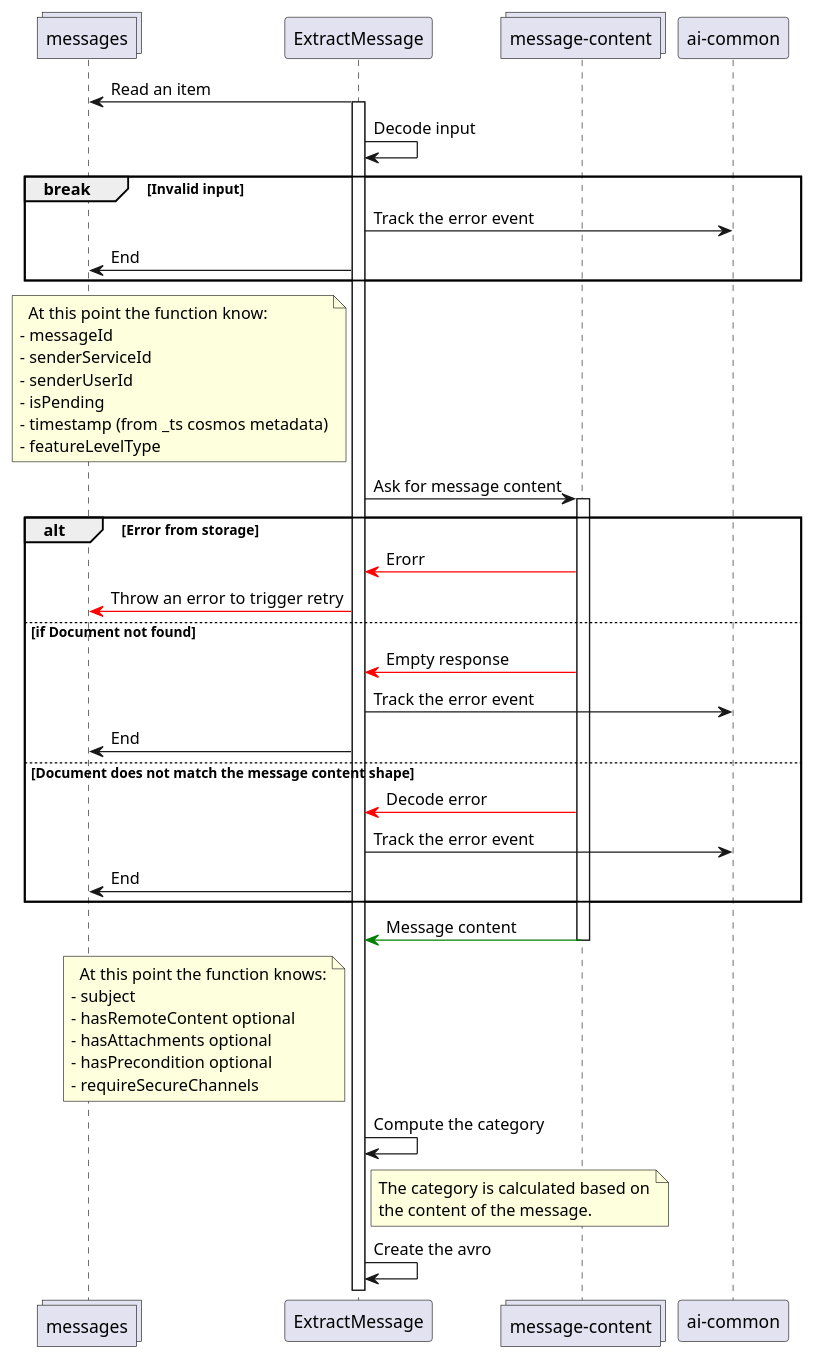
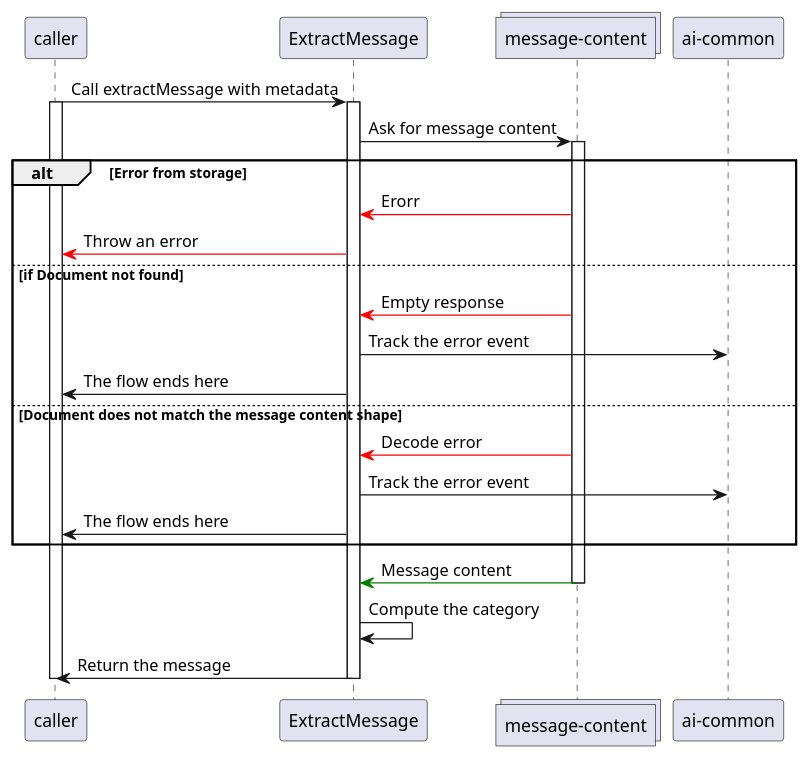
Before and after one commit to pagopa/io-messages: the diagram in docs/extract-message/extract-message.puml, drawn with PlantUML. The commit also changed 1 other file, not shown here.

Commit message:
docs: update sequence diagram

```diff
--- a/docs/extract-message/extract-message.puml
+++ b/docs/extract-message/extract-message.puml
@@ -1,65 +1,37 @@
 @startuml
 
-collections messages
+participant caller
 participant ExtractMessage as em
 collections "message-content" as mc
 participant "ai-common" as ai
 
-em -> messages : Read an item
+caller -> em : Call extractMessage with metadata
+activate caller
 activate em
-
-em -> em : Decode input
-
-break Invalid input
-  em -> ai : Track the error event
-  em -> messages : End
-end
-
-note left of em
-  At this point the function know:
-- messageId
-- senderServiceId
-- senderUserId
-- isPending
-- timestamp (from _ts cosmos metadata)
-- featureLevelType
-end note
 
 em -> mc : Ask for message content
 activate mc
 
 alt Error from storage
   mc -[#red]> em : Erorr
-  em -[#red]> messages : Throw an error to trigger retry
+  em -[#red]> caller : Throw an error
 else if Document not found
   mc -[#red]> em : Empty response
   em -> ai : Track the error event
-  em -> messages : End
+  em -> caller: The flow ends here
 else Document does not match the message content shape
   mc -[#red]> em : Decode error
   em -> ai : Track the error event
-  em -> messages : End
+  em -> caller: The flow ends here
 end
 
 mc -[#green]> em : Message content
 deactivate mc
 
-note left of em
-  At this point the function knows:
-- subject
-- hasRemoteContent optional
-- hasAttachments optional
-- hasPrecondition optional
-- requireSecureChannels
-end note
-
 em -> em : Compute the category
 
-note right of em
-The category is calculated based on
-the content of the message.
-end note
+em -> caller : Return the message
 
-em -> em : Create the avro
-
+deactivate em
+deactivate caller
 @enduml
```
